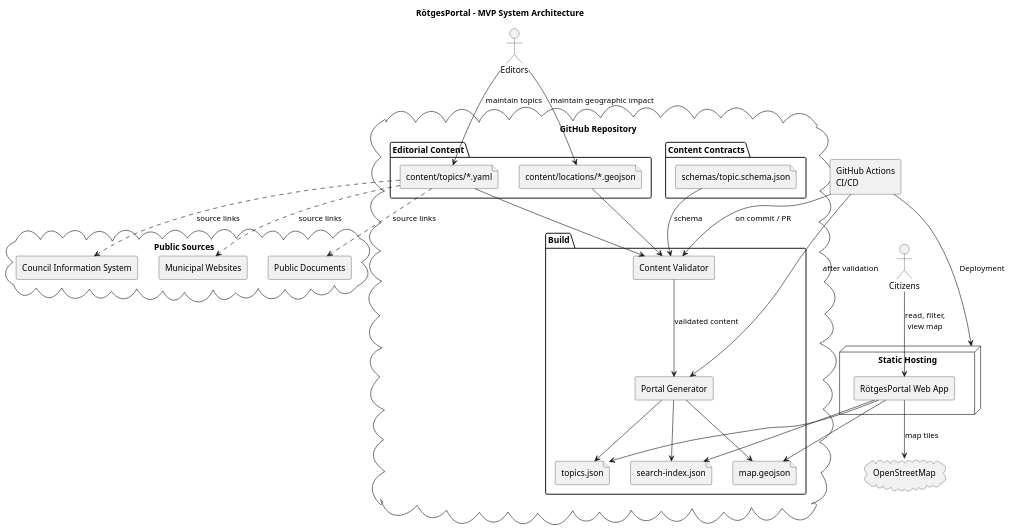
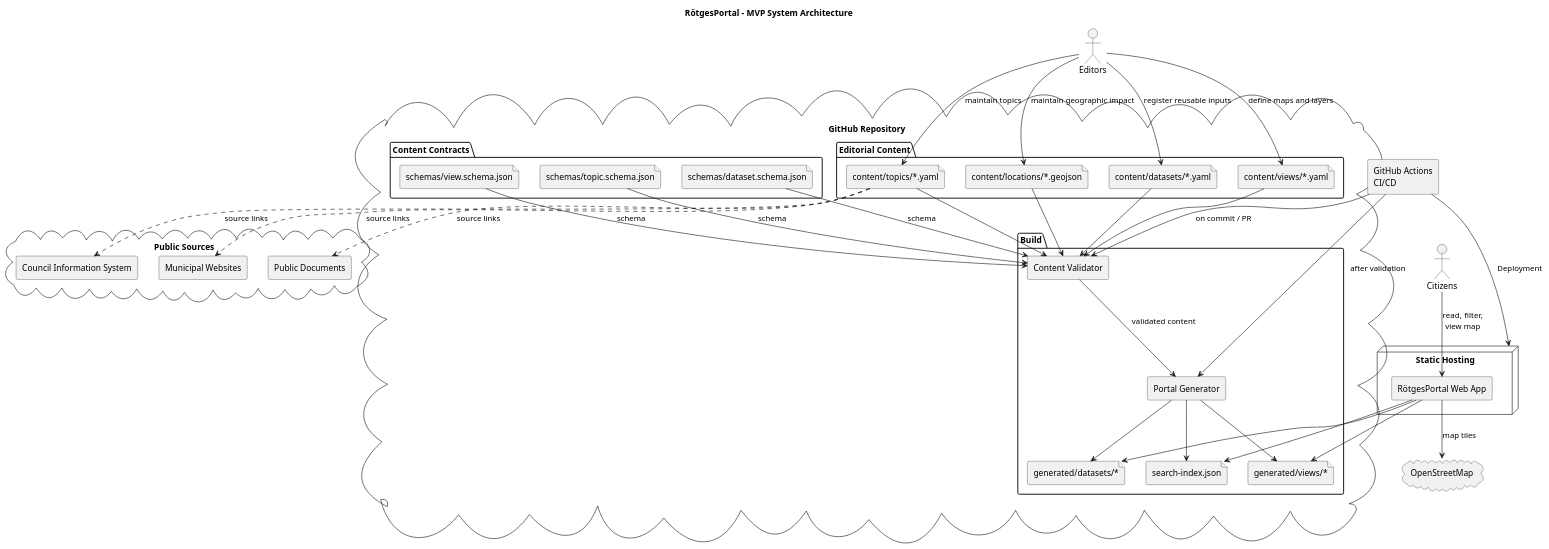
Before and after one commit to codeWithDEI/RoetgesPortal: the diagram in docs/architecture/system-architecture.puml, drawn with PlantUML. The commit also changed 15 other files, not shown here.

Commit message:
Model reusable map views and datasets

```diff
--- a/docs/architecture/system-architecture.puml
+++ b/docs/architecture/system-architecture.puml
@@ -1,67 +1,77 @@
 @startuml
 title RötgesPortal – MVP System Architecture
 
 skinparam componentStyle rectangle
 skinparam shadowing false
 
 actor "Editors" as Editor
 actor "Citizens" as Citizen
 
 cloud "GitHub Repository" {
   folder "Editorial Content" {
     file "content/topics/*.yaml" as Topics
     file "content/locations/*.geojson" as Locations
+    file "content/datasets/*.yaml" as Datasets
+    file "content/views/*.yaml" as Views
   }
 
   folder "Content Contracts" {
     file "schemas/topic.schema.json" as TopicSchema
+    file "schemas/dataset.schema.json" as DatasetSchema
+    file "schemas/view.schema.json" as ViewSchema
   }
 
   folder "Build" {
     component "Content Validator" as Validator
     component "Portal Generator" as Generator
-    file "topics.json" as TopicsJson
-    file "map.geojson" as MapGeoJson
+    file "generated/datasets/*" as GeneratedDatasets
+    file "generated/views/*" as GeneratedViews
     file "search-index.json" as SearchIndex
   }
 }
 
 component "GitHub Actions\nCI/CD" as Pipeline
 
 node "Static Hosting" as Hosting {
   component "RötgesPortal Web App" as Portal
 }
 
 cloud "OpenStreetMap" as OSM
 cloud "Public Sources" as Sources {
   component "Council Information System" as RIS
   component "Municipal Websites" as Municipality
   component "Public Documents" as Documents
 }
 
 Editor --> Topics : maintain topics
 Editor --> Locations : maintain geographic impact
+Editor --> Datasets : register reusable inputs
+Editor --> Views : define maps and layers
 
 Topics --> Validator
 Locations --> Validator
+Datasets --> Validator
+Views --> Validator
 TopicSchema --> Validator : schema
+DatasetSchema --> Validator : schema
+ViewSchema --> Validator : schema
 Validator --> Generator : validated content
-Generator --> TopicsJson
-Generator --> MapGeoJson
+Generator --> GeneratedDatasets
+Generator --> GeneratedViews
 Generator --> SearchIndex
 
 Pipeline --> Validator : on commit / PR
 Pipeline --> Generator : after validation
 Pipeline --> Hosting : Deployment
 
 Citizen --> Portal : read, filter,\nview map
-Portal --> TopicsJson
-Portal --> MapGeoJson
+Portal --> GeneratedDatasets
+Portal --> GeneratedViews
 Portal --> SearchIndex
 Portal --> OSM : map tiles
 
 Topics ..> RIS : source links
 Topics ..> Municipality : source links
 Topics ..> Documents : source links
 
 @enduml
```
